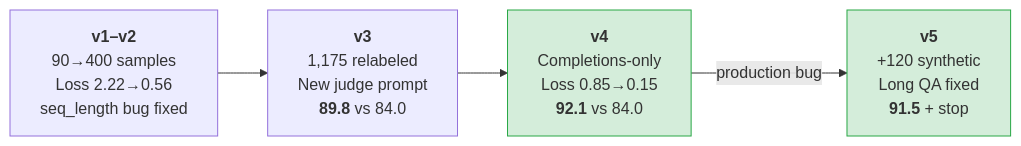
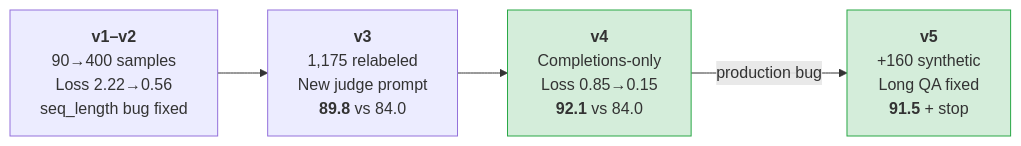
Before and after one commit to hourliert/VoiceInk-Qwen3.5-2B-FT: the third of 4 diagrams in docs/BLOG_POST.md, drawn with Mermaid. The commit also changed other lines of this file, not shown here.

````diff
--- a/docs/BLOG_POST.md
+++ b/docs/BLOG_POST.md
@@ -204,11 +204,11 @@
 ```mermaid
 graph LR
     V1["<b>v1–v2</b><br/>90→400 samples<br/>Loss 2.22→0.56<br/>seq_length bug fixed"]
     V3["<b>v3</b><br/>1,175 relabeled<br/>New judge prompt<br/><b>89.8</b> vs 84.0"]
     V4["<b>v4</b><br/>Completions-only<br/>Loss 0.85→0.15<br/><b>92.1</b> vs 84.0"]
-    V5["<b>v5</b><br/>+120 synthetic<br/>Long QA fixed<br/><b>91.5</b> + stop"]
+    V5["<b>v5</b><br/>+160 synthetic<br/>Long QA fixed<br/><b>91.5</b> + stop"]
     V1 --> V3 --> V4 -->|"production bug"| V5
 
     style V4 fill:#d4edda,stroke:#28a745
     style V5 fill:#d4edda,stroke:#28a745
 ```
````
